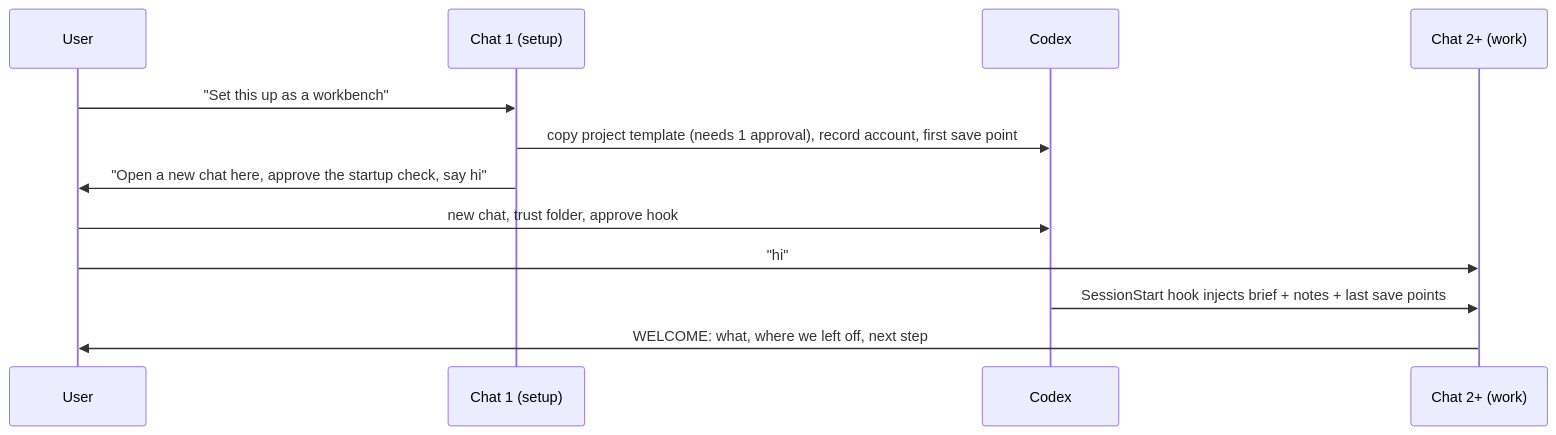
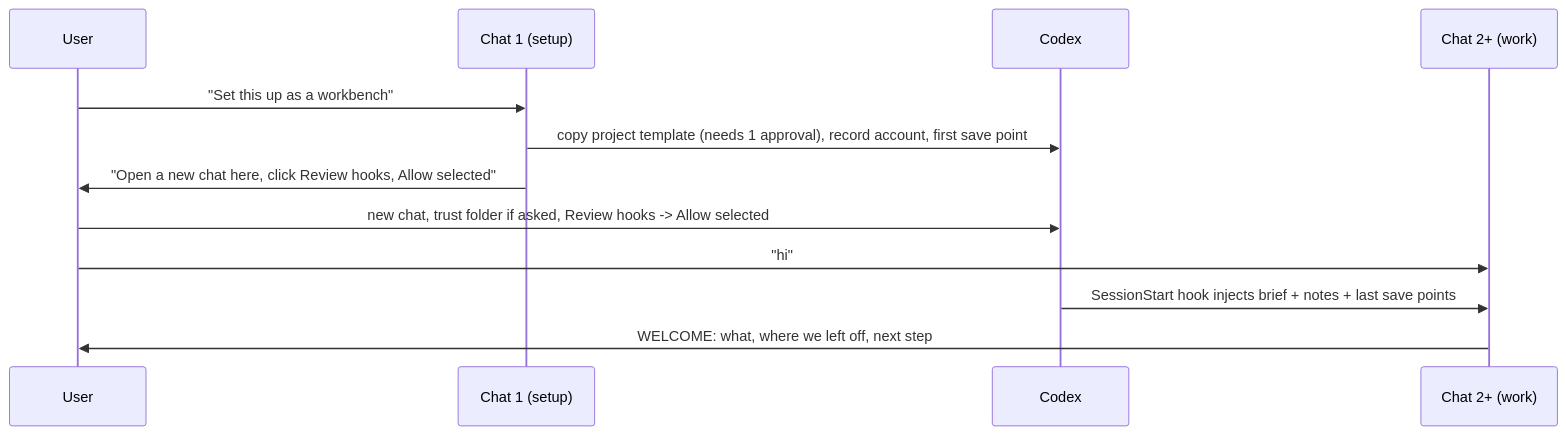
The diagram in research/07-codex-host.md (ahrzb/workbench), drawn with Mermaid before and after one commit. The commit also changed other lines of this file and 15 other files, not shown here.

Commit message:
v0.1.1: tell the user where to allow the startup hook; ask whose data instead of assuming work data

````diff
--- a/research/07-codex-host.md
+++ b/research/07-codex-host.md
@@ -14,14 +14,14 @@
 ```mermaid
 sequenceDiagram
   participant User
   participant Setup as Chat 1 (setup)
   participant Codex
   participant Work as Chat 2+ (work)
   User->>Setup: "Set this up as a workbench"
   Setup->>Codex: copy project template (needs 1 approval), record account, first save point
-  Setup->>User: "Open a new chat here, approve the startup check, say hi"
-  User->>Codex: new chat, trust folder, approve hook
+  Setup->>User: "Open a new chat here, click Review hooks, Allow selected"
+  User->>Codex: new chat, trust folder if asked, Review hooks -> Allow selected
   User->>Work: "hi"
   Codex->>Work: SessionStart hook injects brief + notes + last save points
   Work->>User: WELCOME: what, where we left off, next step
 ```
````
